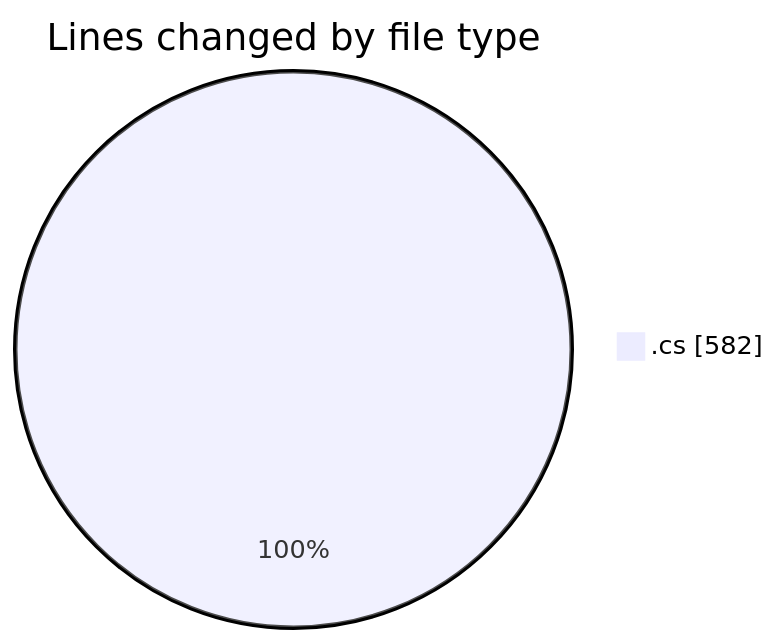
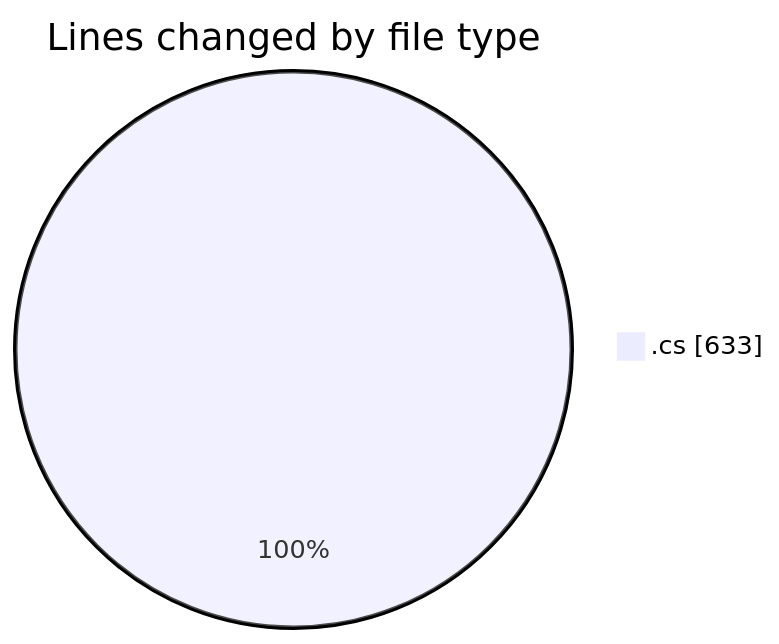
The first of 2 diagrams in 2025-03-29/back-end/README.md (Netris89/code-tracking), drawn with Mermaid before and after one commit. The commit also changed other lines of this file and 1 other file, not shown here.

````diff
--- a/2025-03-29/back-end/README.md
+++ b/2025-03-29/back-end/README.md
@@ -23,5 +23,5 @@
 ```mermaid
 pie showData
 title Lines changed by file type
-".cs" : 582
+".cs" : 633
 ```
````
